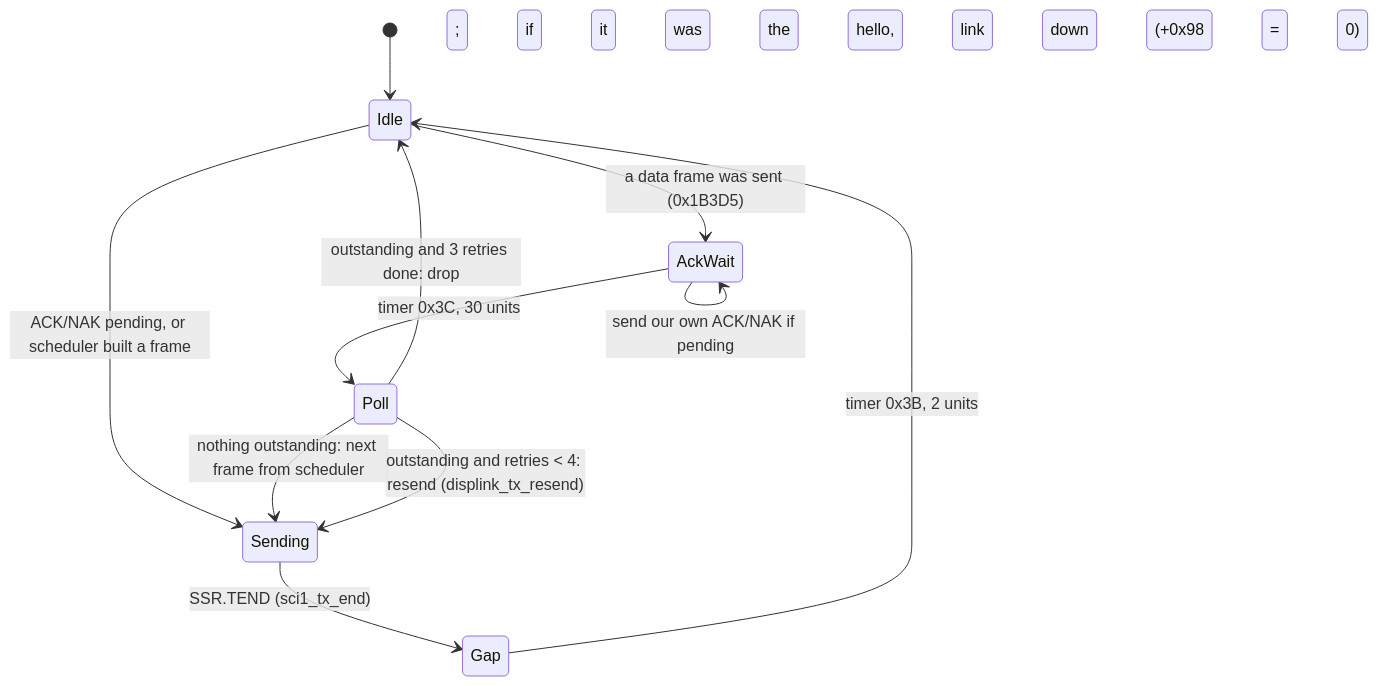
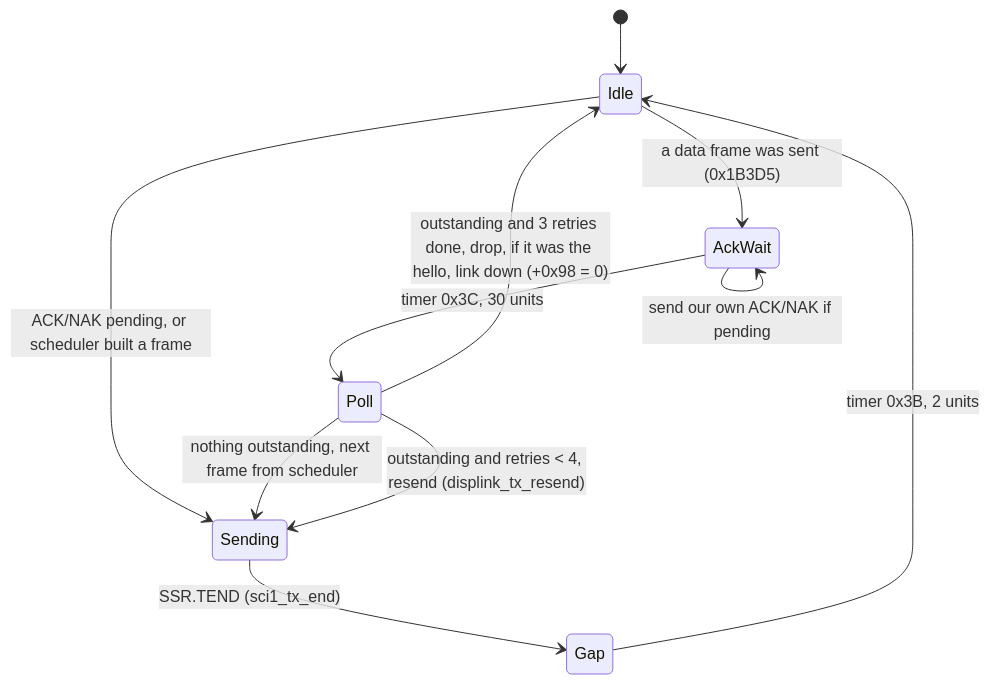
Before and after one commit to Reid-n0rc/FT-710_Firmware: the second of 2 diagrams in docs/code/main/display-link.md, drawn with Mermaid. The commit also changed other lines of this file and 6 other files, not shown here.

````diff
--- a/docs/code/main/display-link.md
+++ b/docs/code/main/display-link.md
@@ -98,13 +98,13 @@
 ```mermaid
 stateDiagram-v2
   [*] --> Idle
   Idle --> Sending: ACK/NAK pending, or scheduler built a frame
   Sending --> Gap: SSR.TEND (sci1_tx_end)
   Gap --> Idle: timer 0x3B, 2 units
   Idle --> AckWait: a data frame was sent (0x1B3D5)
   AckWait --> AckWait: send our own ACK/NAK if pending
   AckWait --> Poll: timer 0x3C, 30 units
-  Poll --> Sending: nothing outstanding: next frame from scheduler
-  Poll --> Sending: outstanding and retries < 4: resend (displink_tx_resend)
-  Poll --> Idle: outstanding and 3 retries done: drop; if it was the hello, link down (+0x98 = 0)
+  Poll --> Sending: nothing outstanding, next frame from scheduler
+  Poll --> Sending: outstanding and retries < 4, resend (displink_tx_resend)
+  Poll --> Idle: outstanding and 3 retries done, drop, if it was the hello, link down (+0x98 = 0)
 ```
````
